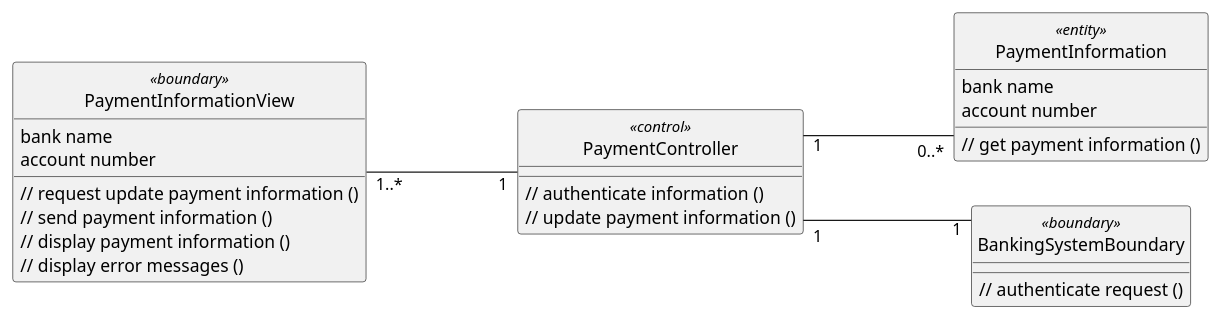
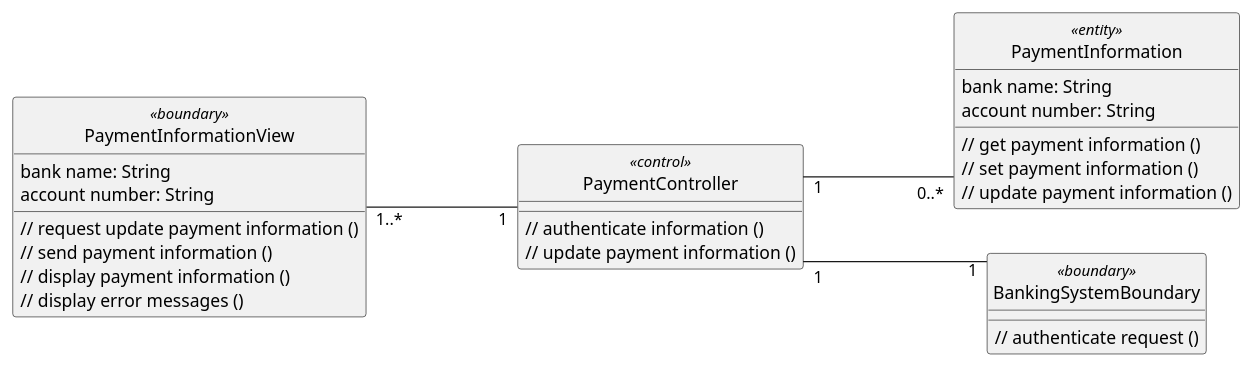
One commit to anhbanlinhle/velocity-exchange changed the diagram in uml/analysis/class/update_payment_information.pu. Above: the diagram before and after it, drawn with PlantUML. The commit also changed 5 other files, not shown here.

```diff
--- a/uml/analysis/class/update_payment_information.pu
+++ b/uml/analysis/class/update_payment_information.pu
@@ -1,47 +1,49 @@
 @startuml 
 skinparam classAttributeIconSize 0
 skinparam linetype ortho
 left to right direction
 hide circle
 class PaymentInformationView <<boundary>> {
-    bank name
-    account number
+    bank name: String
+    account number: String
 
     // request update payment information ()
     // send payment information ()
     // display payment information ()
     // display error messages ()
 
     }
 
 class PaymentController <<control>> {
     
 
     // authenticate information ()
     // update payment information ()
 
     }
 
 class PaymentInformation <<entity>> {
-    bank name
-    account number
+    bank name: String
+    account number: String
 
     // get payment information ()
+    // set payment information ()
+    // update payment information ()
 
     }
 
 class BankingSystemBoundary <<boundary>> {
     
 
     // authenticate request ()
 
 
     }
 
 PaymentInformationView "1..*" --- "1" PaymentController
 
 PaymentController "1" --- "0..*" PaymentInformation
 
 PaymentController "1" --- "1" BankingSystemBoundary
 
 @enduml
```
